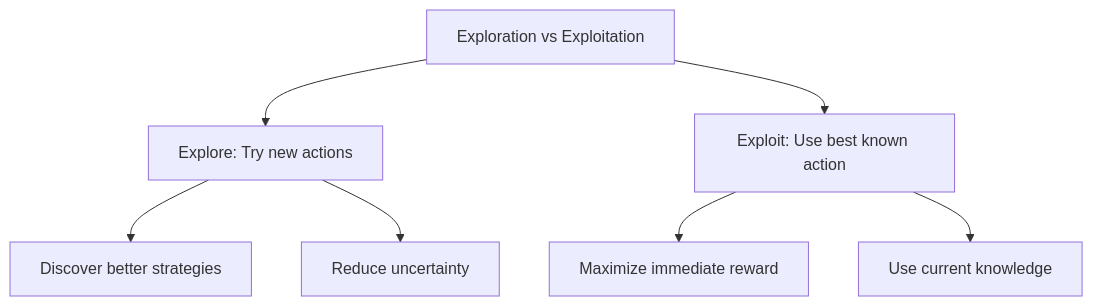
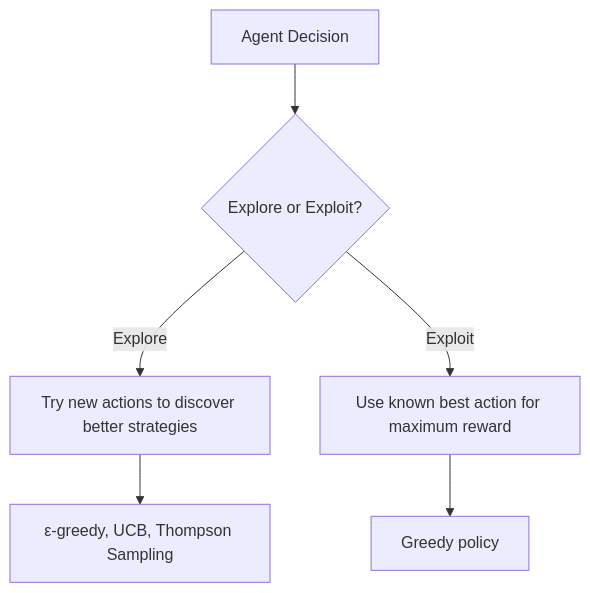
The second of 3 diagrams in src/ml/rl/fundamentals.md (vanos001/placement_prep), drawn with Mermaid before and after one commit. The commit also changed other lines of this file and 13 other files, not shown here.

````diff
--- a/src/ml/rl/fundamentals.md
+++ b/src/ml/rl/fundamentals.md
@@ -101,12 +81,8 @@
 ```mermaid
 graph TD
-    DILEMMA["Exploration vs Exploitation"]
-    DILEMMA --> EXPLORE[Explore: Try new actions]
-    DILEMMA --> EXPLOIT[Exploit: Use best known action]
-    
-    EXPLORE --> E1[Discover better strategies]
-    EXPLORE --> E2[Reduce uncertainty]
-    
-    EXPLOIT --> EX1[Maximize immediate reward]
-    EXPLOIT --> EX2[Use current knowledge]
+    A[Agent Decision] --> B{Explore or Exploit?}
+    B -->|Explore| C[Try new actions to discover better strategies]
+    B -->|Exploit| D[Use known best action for maximum reward]
+    C --> E[ε-greedy, UCB, Thompson Sampling]
+    D --> F[Greedy policy]
 ```
````
